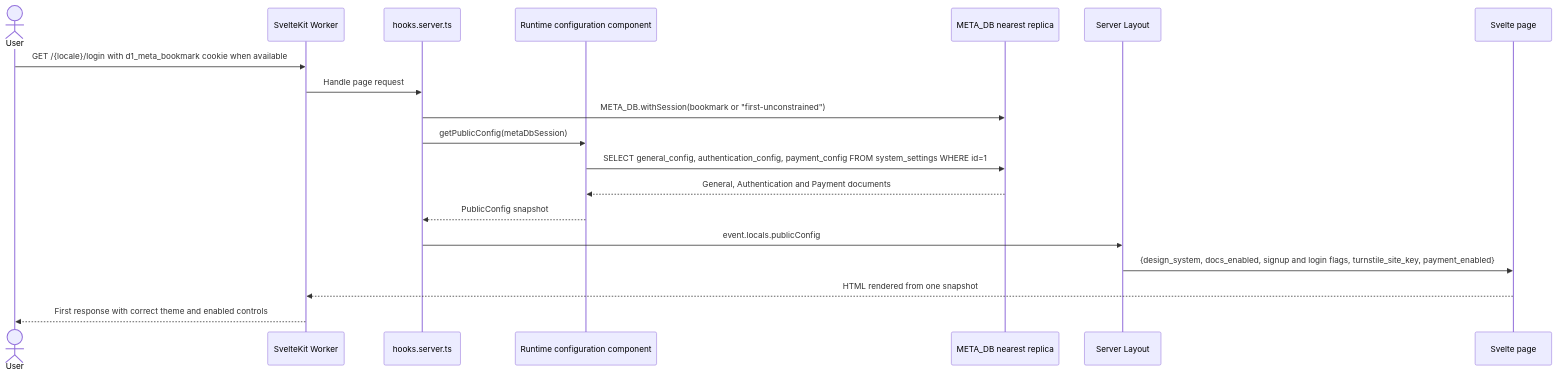
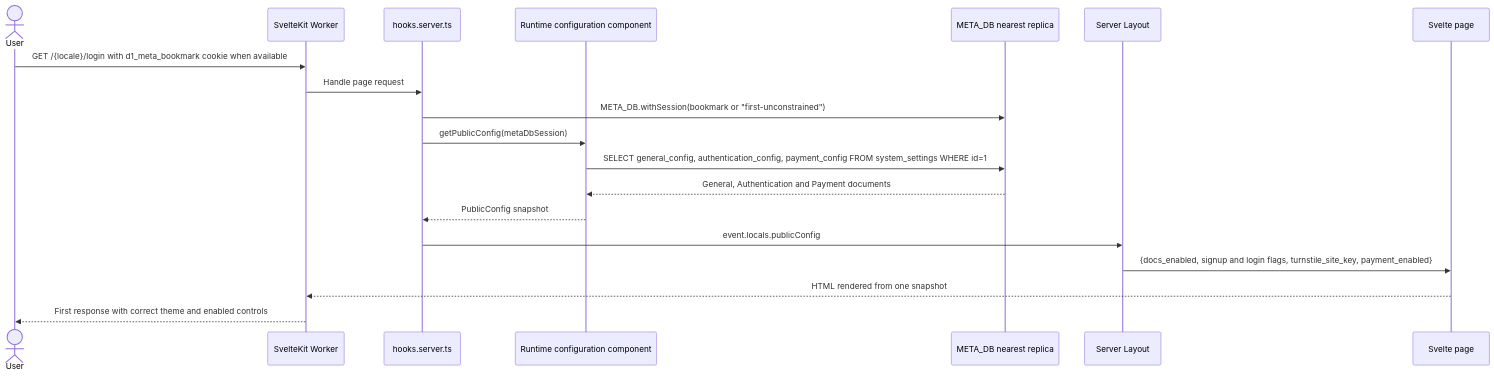
The eighth of 11 diagrams in docs/v025/tech-design.md (glidea/opcstack), drawn with Mermaid before and after one commit. The commit also changed other lines of this file and 93 other files, not shown here.

````diff
--- a/docs/v025/tech-design.md
+++ b/docs/v025/tech-design.md
@@ -1407,22 +1406,22 @@
 ```mermaid
 sequenceDiagram
   actor User as User
   participant Worker as SvelteKit Worker
   participant Hook as hooks.server.ts
   participant Config as Runtime configuration component
   participant Meta as META_DB nearest replica
   participant Layout as Server Layout
   participant Page as Svelte page
 
   User->>Worker: GET /{locale}/login with d1_meta_bookmark cookie when available
   Worker->>Hook: Handle page request
   Hook->>Meta: META_DB.withSession(bookmark or "first-unconstrained")
   Hook->>Config: getPublicConfig(metaDbSession)
   Config->>Meta: SELECT general_config, authentication_config, payment_config FROM system_settings WHERE id=1
   Meta-->>Config: General, Authentication and Payment documents
   Config-->>Hook: PublicConfig snapshot
   Hook->>Layout: event.locals.publicConfig
-  Layout->>Page: {design_system, docs_enabled, signup and login flags, turnstile_site_key, payment_enabled}
+  Layout->>Page: {docs_enabled, signup and login flags, turnstile_site_key, payment_enabled}
   Page-->>Worker: HTML rendered from one snapshot
   Worker-->>User: First response with correct theme and enabled controls
 ```
````
